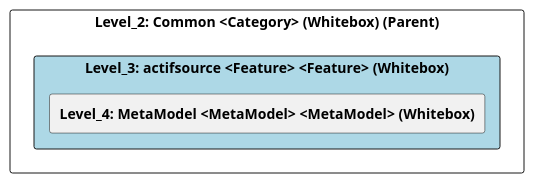
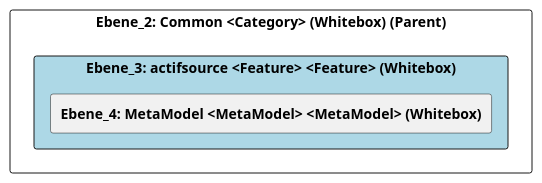
One commit to marcozwyssig/cleon changed the diagram in doc/cleonproject_deliverables_architecture_model_architecture/adoc/de/05_bausteinsicht/cleon/common/actifsource/ebene_3_actifsource.adoc. Above: the diagram before and after it, drawn with PlantUML. The commit also changed other lines of this file and 150 other files, not shown here.

```diff
--- a/doc/cleonproject_deliverables_architecture_model_architecture/adoc/de/05_bausteinsicht/cleon/common/actifsource/ebene_3_actifsource.adoc
+++ b/doc/cleonproject_deliverables_architecture_model_architecture/adoc/de/05_bausteinsicht/cleon/common/actifsource/ebene_3_actifsource.adoc
@@ -20,26 +20,24 @@
-[plantuml, Level_3: actifsource <Feature> <Feature> (Whitebox)BlockOverview, format="svg"]
+[plantuml, Ebene_3: actifsource <Feature> <Feature> (Whitebox)BlockOverview, format="svg"]
 ----
-@startuml Level_3: actifsource <Feature> <Feature> (Whitebox)BuildingBlockOverview
+@startuml Ebene_3: actifsource <Feature> <Feature> (Whitebox)BuildingBlockOverview
 
 skinparam ranksep 10
 skinparam componentStyle rectangle
 skinparam shadowing false
 skinparam arrowColor lightblue
 skinparam arrowThickness 1.2
 skinparam rectangle {
   BackgroundColor White
   BorderColor #333
   RoundCorner 10
 }
 top to bottom direction
 
-component "Level_2: Common <Category> (Whitebox) (Parent)" {
-    component "Level_3: actifsource <Feature> <Feature> (Whitebox)" #lightblue {
-        [**Level_4: MetaModel <MetaModel> <MetaModel> (Whitebox)**] as 4A57056A_D579_11EE_903E_9F564E4DE07E
+component "Ebene_2: Common <Category> (Whitebox) (Parent)" {
+    component "Ebene_3: actifsource <Feature> <Feature> (Whitebox)" #lightblue {
+        [**Ebene_4: MetaModel <MetaModel> <MetaModel> (Whitebox)**] as 4A57056A_D579_11EE_903E_9F564E4DE07E
     }
-
-    
 }
 
 @enduml
 ----
```
